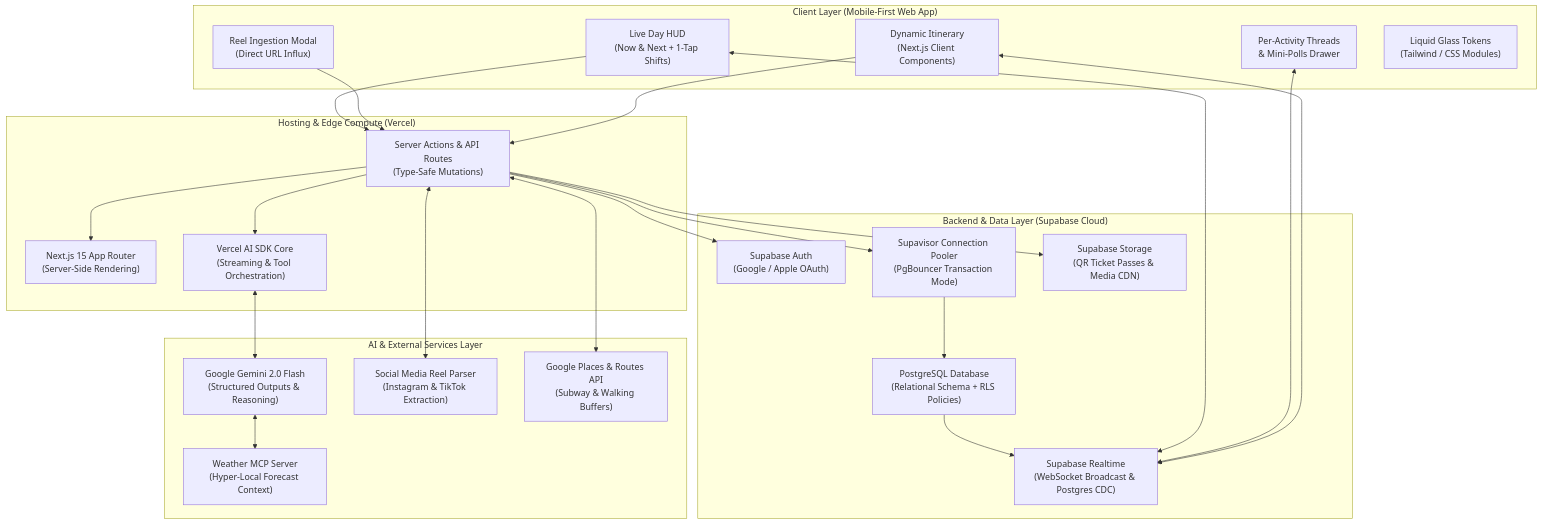
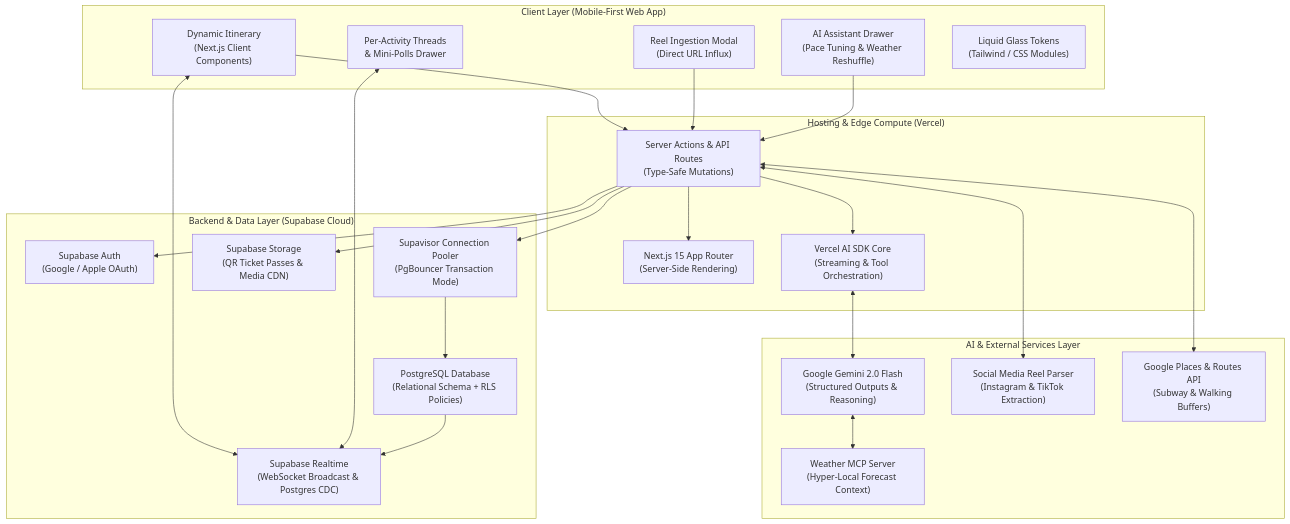
The second of 3 diagrams in README.md (Clarence000000/travel-planner), drawn with Mermaid before and after one commit. The commit also changed other lines of this file, not shown here.

````diff
--- a/README.md
+++ b/README.md
@@ -136,51 +134,50 @@
 ```mermaid
 graph TB
     subgraph Client["Client Layer (Mobile-First Web App)"]
         UI_Itin["Dynamic Itinerary<br>(Next.js Client Components)"]
         UI_Social["Reel Ingestion Modal<br>(Direct URL Influx)"]
         UI_Chat["Per-Activity Threads<br>& Mini-Polls Drawer"]
-        UI_HUD["Live Day HUD<br>(Now & Next + 1-Tap Shifts)"]
+        UI_AI["AI Assistant Drawer<br>(Pace Tuning & Weather Reshuffle)"]
         UI_Design["Liquid Glass Tokens<br>(Tailwind / CSS Modules)"]
     end
 
     subgraph Edge["Hosting & Edge Compute (Vercel)"]
         AppRouter["Next.js 15 App Router<br>(Server-Side Rendering)"]
         ServerActions["Server Actions & API Routes<br>(Type-Safe Mutations)"]
         AISDK["Vercel AI SDK Core<br>(Streaming & Tool Orchestration)"]
     end
 
     subgraph Supabase["Backend & Data Layer (Supabase Cloud)"]
         Auth["Supabase Auth<br>(Google / Apple OAuth)"]
         Pooler["Supavisor Connection Pooler<br>(PgBouncer Transaction Mode)"]
         Postgres["PostgreSQL Database<br>(Relational Schema + RLS Policies)"]
         Realtime["Supabase Realtime<br>(WebSocket Broadcast & Postgres CDC)"]
         Storage["Supabase Storage<br>(QR Ticket Passes & Media CDN)"]
     end
 
     subgraph External["AI & External Services Layer"]
         Gemini["Google Gemini 2.0 Flash<br>(Structured Outputs & Reasoning)"]
         WeatherMCP["Weather MCP Server<br>(Hyper-Local Forecast Context)"]
         ReelScraper["Social Media Reel Parser<br>(Instagram & TikTok Extraction)"]
         MapsAPI["Google Places & Routes API<br>(Subway & Walking Buffers)"]
     end
 
     UI_Itin <--> Realtime
     UI_Chat <--> Realtime
-    UI_HUD <--> Realtime
     UI_Itin --> ServerActions
     UI_Social --> ServerActions
-    UI_HUD --> ServerActions
+    UI_AI --> ServerActions
 
     ServerActions --> AppRouter
     ServerActions --> Auth
     ServerActions --> Pooler
     Pooler --> Postgres
     Postgres --> Realtime
     ServerActions --> Storage
 
     ServerActions --> AISDK
     AISDK <--> Gemini
     Gemini <--> WeatherMCP
     ServerActions <--> ReelScraper
     ServerActions <--> MapsAPI
 ```
````
